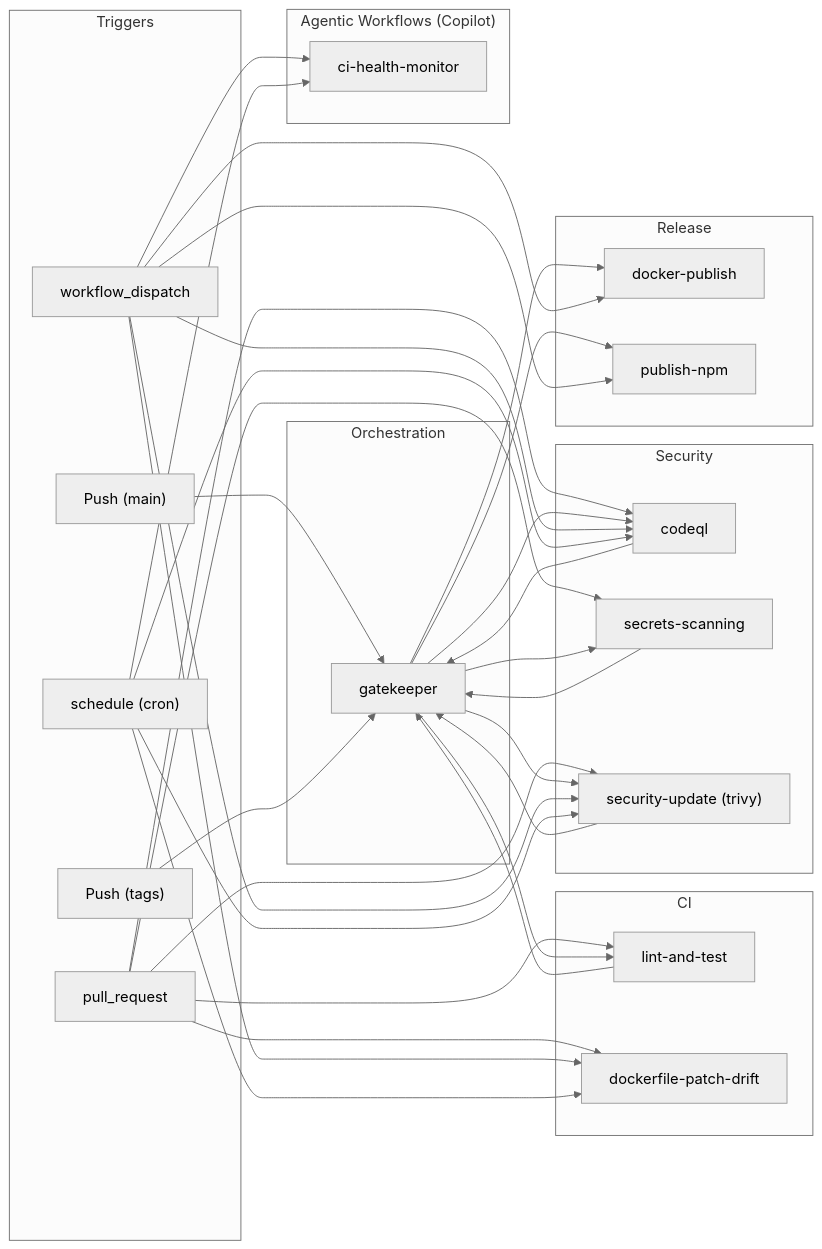
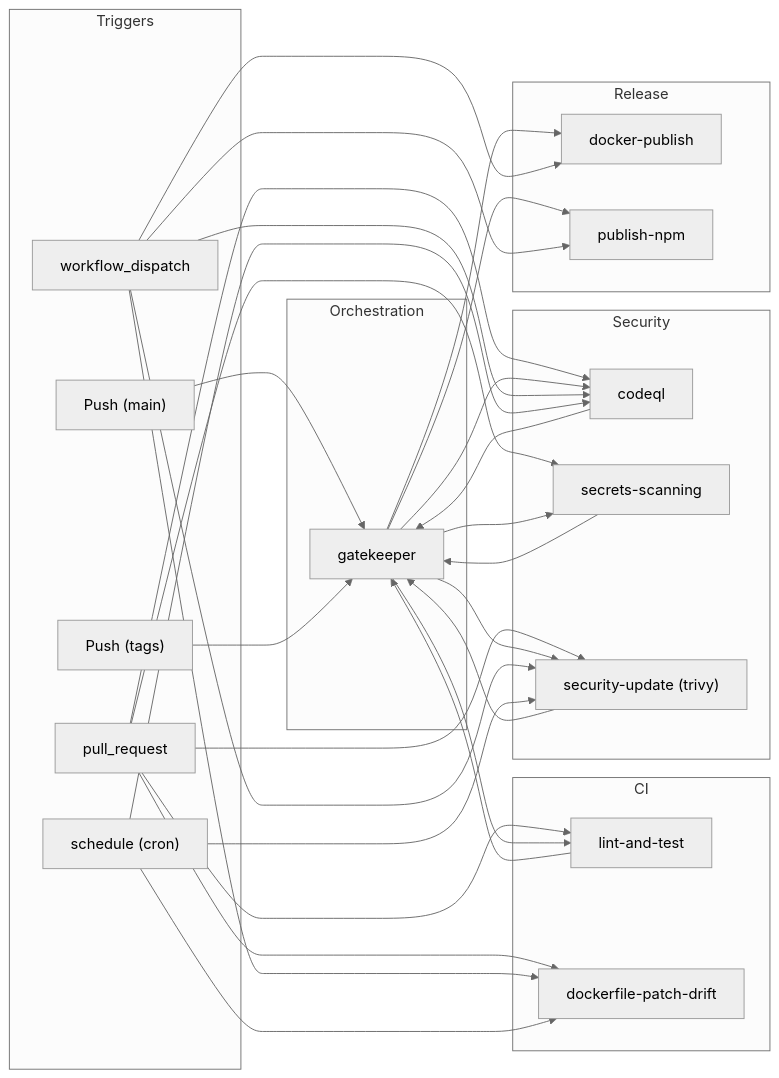
The diagram in .github/workflows/README.md (neverinfamous/mysql-mcp), drawn with Mermaid (neutral theme) before and after one commit. The commit also changed other lines of this file and 43 other files, not shown here.

````diff
--- a/.github/workflows/README.md
+++ b/.github/workflows/README.md
@@ -12,64 +12,58 @@
 ```mermaid
 flowchart LR
     subgraph Triggers["Triggers"]
         PushMain["Push (main)"]
         PushTags["Push (tags)"]
         PR["pull_request"]
         Sched["schedule (cron)"]
         Manual["workflow_dispatch"]
     end
 
     subgraph Orchestration["Orchestration"]
         Gate["gatekeeper"]
     end
 
     subgraph CI["CI"]
         LT["lint-and-test"]
         DPD["dockerfile-patch-drift"]
     end
 
     subgraph Security["Security"]
         CQL["codeql"]
         SS["secrets-scanning"]
         SU["security-update (trivy)"]
     end
 
     subgraph ReleaseGroup["Release"]
         DP["docker-publish"]
         NPM["publish-npm"]
     end
 
-    subgraph Agentic["Agentic Workflows (Copilot)"]
-        CHM["ci-health-monitor"]
-    end
-
     PR --> LT
     PR --> CQL
     PR --> SS
     PR --> SU
     PR --> DPD
 
     PushMain --> Gate
     PushTags --> Gate
 
     Gate --> LT
     Gate --> CQL
     Gate --> SS
     Gate --> SU
 
     LT & CQL & SS & SU --> Gate
     Gate --> DP
     Gate --> NPM
 
     Manual --> NPM
     Manual --> DP
     Manual --> CQL
-    Manual --> CHM
     Manual --> SU
     Manual --> DPD
 
     Sched --> CQL
-    Sched --> CHM
     Sched --> SU
     Sched --> DPD
 ```
````
